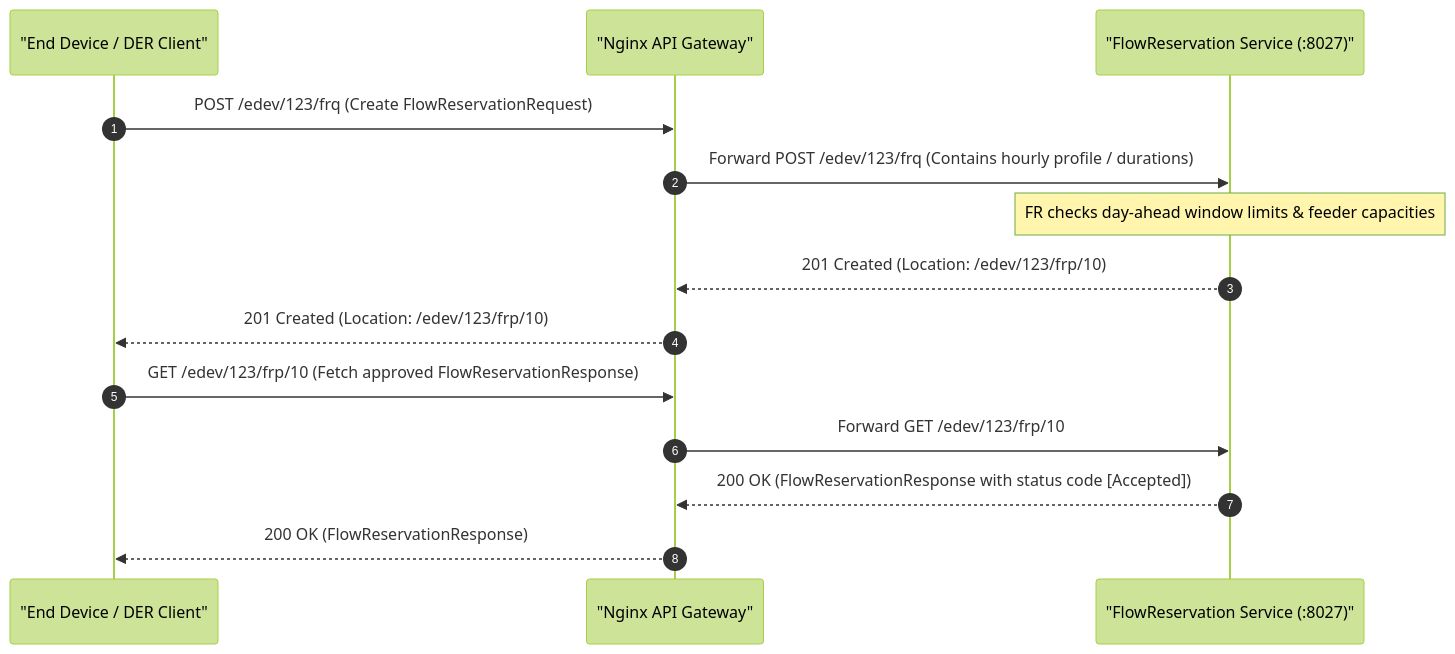
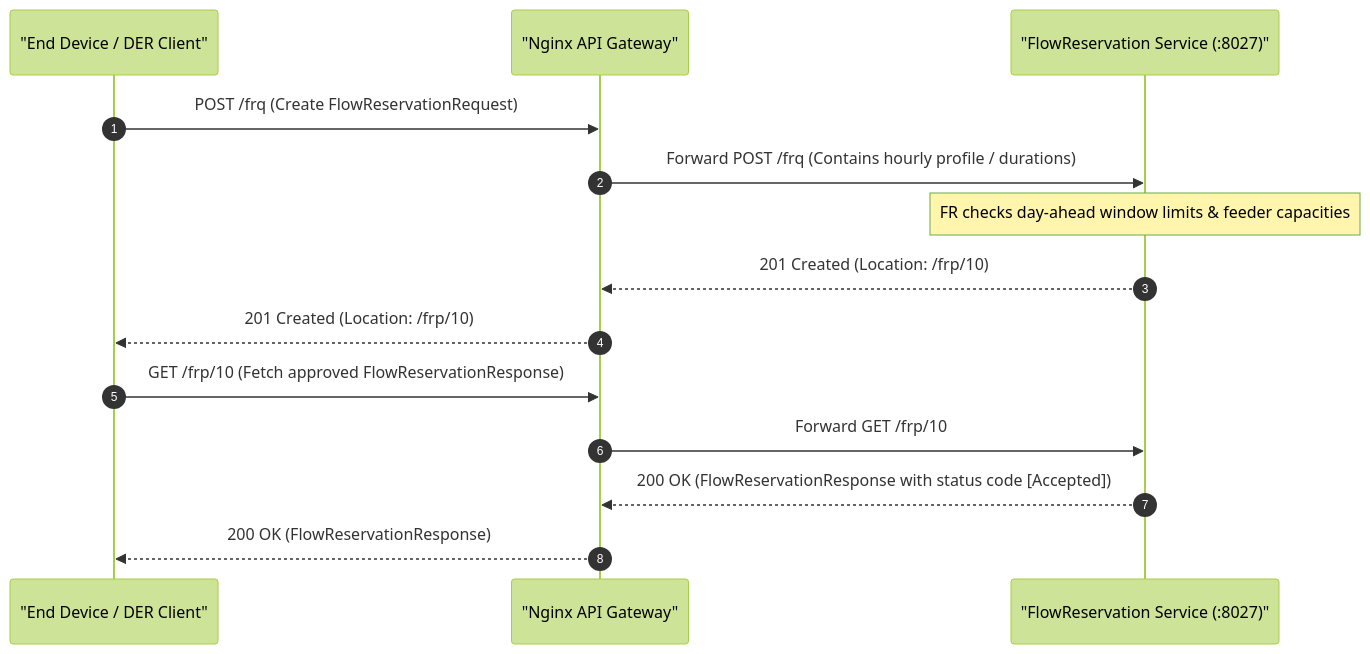
The second of 5 diagrams in lifecycles/energy_scheduling.md (Tylores/egot), drawn with Mermaid (forest theme) before and after one commit. The commit also changed other lines of this file and 18 other files, not shown here.

````diff
--- a/lifecycles/energy_scheduling.md
+++ b/lifecycles/energy_scheduling.md
@@ -42,18 +42,18 @@
 ```mermaid
 sequenceDiagram
     autonumber
     participant Client as "End Device / DER Client"
     participant GW as "Nginx API Gateway"
     participant FR as "FlowReservation Service (:8027)"
 
-    Client->>GW: POST /edev/123/frq (Create FlowReservationRequest)
-    GW->>FR: Forward POST /edev/123/frq (Contains hourly profile / durations)
+    Client->>GW: POST /frq (Create FlowReservationRequest)
+    GW->>FR: Forward POST /frq (Contains hourly profile / durations)
     Note over FR: FR checks day-ahead window limits & feeder capacities
-    FR-->>GW: 201 Created (Location: /edev/123/frp/10)
-    GW-->>Client: 201 Created (Location: /edev/123/frp/10)
+    FR-->>GW: 201 Created (Location: /frp/10)
+    GW-->>Client: 201 Created (Location: /frp/10)
 
-    Client->>GW: GET /edev/123/frp/10 (Fetch approved FlowReservationResponse)
-    GW->>FR: Forward GET /edev/123/frp/10
+    Client->>GW: GET /frp/10 (Fetch approved FlowReservationResponse)
+    GW->>FR: Forward GET /frp/10
     FR-->>GW: 200 OK (FlowReservationResponse with status code [Accepted])
     GW-->>Client: 200 OK (FlowReservationResponse)
 ```
````
